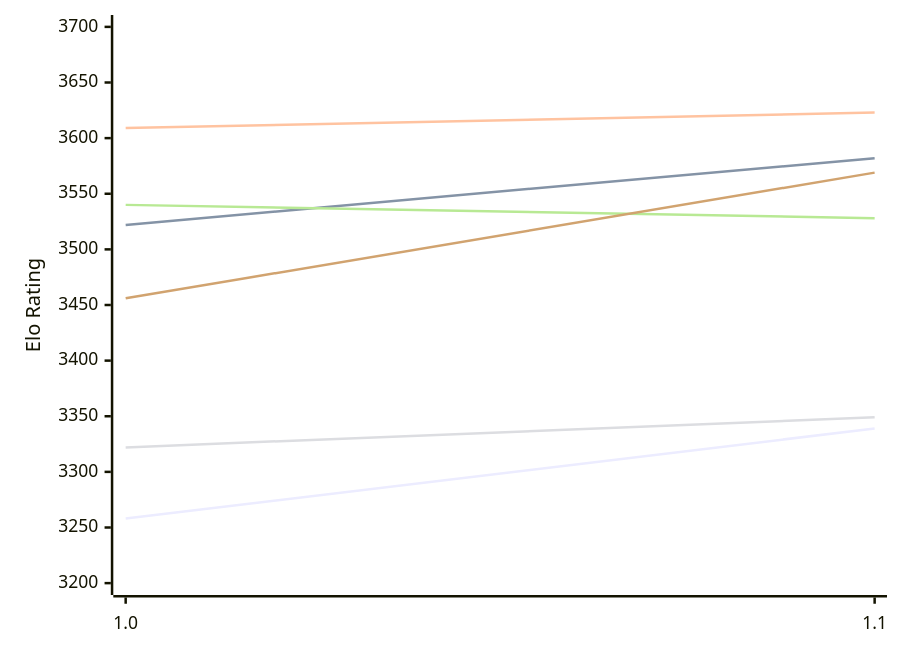
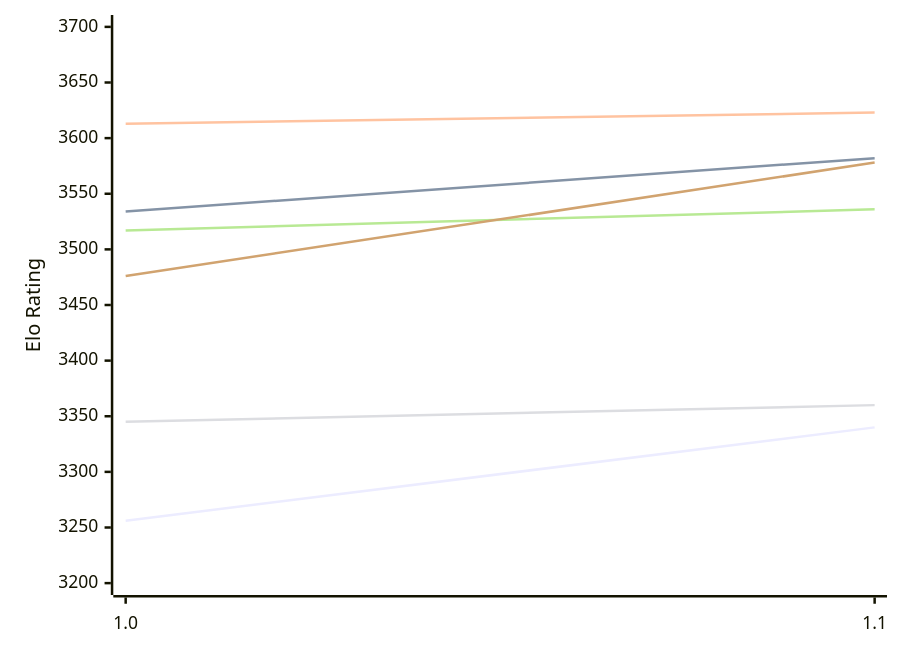
Before and after one commit to computer-chess-index/cci: the first of 2 diagrams in engines/Horsie.md, drawn with Mermaid. The commit also changed other lines of this file, not shown here.

Commit message:
Update CCI Ratings (ELO VLTC) - 2026-11-25

````diff
--- a/engines/Horsie.md
+++ b/engines/Horsie.md
@@ -50,12 +50,12 @@
 ```mermaid
 %%{init: {"theme":"base","themeVariables":{"seriesColors:['#a3a3a3','#222221','#faa371']}}}%%
 xychart-beta
   x-axis ["1.0", "1.1"]
   y-axis "Elo Rating" 3200 --> 3700
-  line "E1: STC (8.0+0.08s)" [3258, 3339]
-  line "E1: LTC (60.0+0.60s)" [3522, 3582]
-  line "E1: VLTC (2m24s+1.12s)" [3609, 3623]
-  line "P1: STC (8.0+0.08s)" [3322, 3349]
-  line "P1: LTC (60.0+0.60s)" [3540, 3528]
-  line "P1: VLTC (2m24s+1.12s)" [3456, 3569]
+  line "E1: STC (8.0+0.08s)" [3256, 3340]
+  line "E1: LTC (60.0+0.60s)" [3534, 3582]
+  line "E1: VLTC (2m24s+1.12s)" [3613, 3623]
+  line "P1: STC (8.0+0.08s)" [3345, 3360]
+  line "P1: LTC (60.0+0.60s)" [3517, 3536]
+  line "P1: VLTC (2m24s+1.12s)" [3476, 3578]
 ```
````
